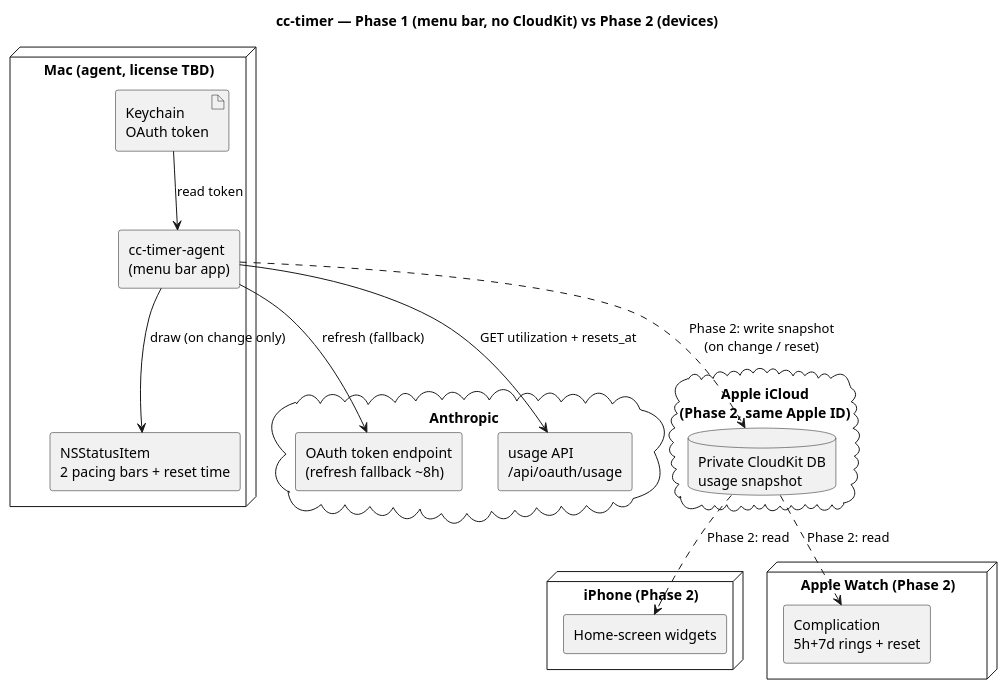
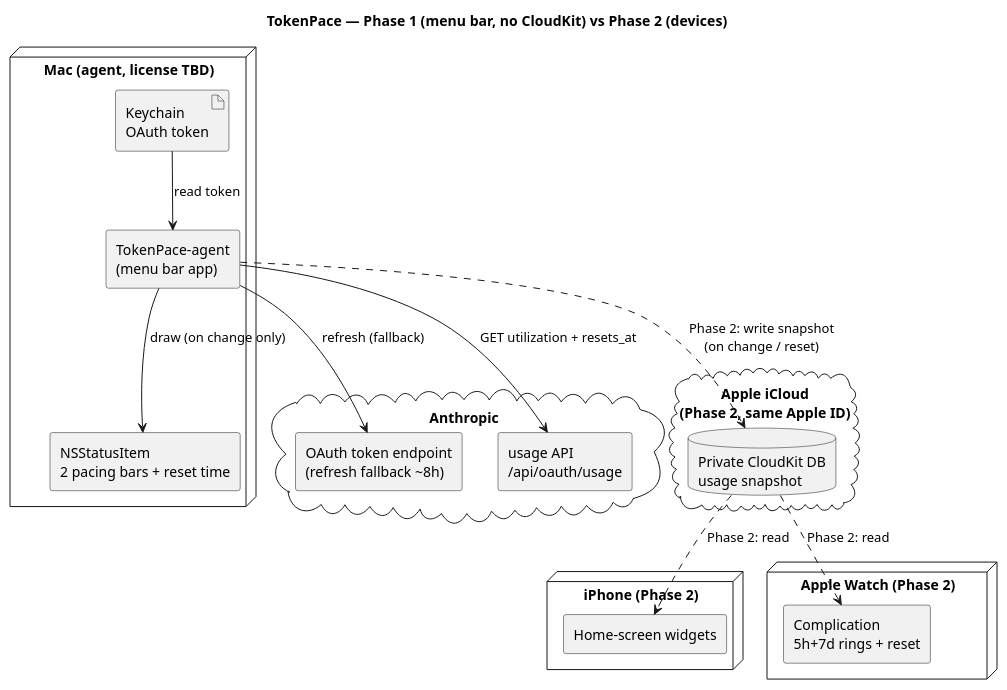
One commit to artem-from-ua/tokenpace changed the diagram in docs/architecture.md. Above: the diagram before and after it, drawn with PlantUML. The commit also changed other lines of this file and 84 other files, not shown here.

First line of the commit message:
refactor!: rename project cc-timer to TokenPace (#61)

````diff
--- a/docs/architecture.md
+++ b/docs/architecture.md
@@ -50,38 +50,38 @@
 ```plantuml
 @startuml
-title cc-timer — Phase 1 (menu bar, no CloudKit) vs Phase 2 (devices)
+title TokenPace — Phase 1 (menu bar, no CloudKit) vs Phase 2 (devices)
 skinparam componentStyle rectangle
 
 node "Mac (agent, license TBD)" as mac {
   artifact "Keychain\nOAuth token" as kc
-  component "cc-timer-agent\n(menu bar app)" as agent
+  component "TokenPace-agent\n(menu bar app)" as agent
   component "NSStatusItem\n2 pacing bars + reset time" as menubar
 }
 
 cloud "Anthropic" {
   component "OAuth token endpoint\n(refresh fallback ~8h)" as oauth
   component "usage API\n/api/oauth/usage" as usage
 }
 
 cloud "Apple iCloud\n(Phase 2, same Apple ID)" as icloud {
   database "Private CloudKit DB\nusage snapshot" as ck
 }
 
 node "iPhone (Phase 2)" as iphone {
   component "Home-screen widgets" as iwidget
 }
 node "Apple Watch (Phase 2)" as watch {
   component "Complication\n5h+7d rings + reset" as compl
 }
 
 kc --> agent : read token
 agent --> oauth : refresh (fallback)
 agent --> usage : GET utilization + resets_at
 agent --> menubar : draw (on change only)
 
 agent ..> ck : Phase 2: write snapshot\n(on change / reset)
 ck ..> iwidget : Phase 2: read
 ck ..> compl : Phase 2: read
 
 @enduml
 ```
````
